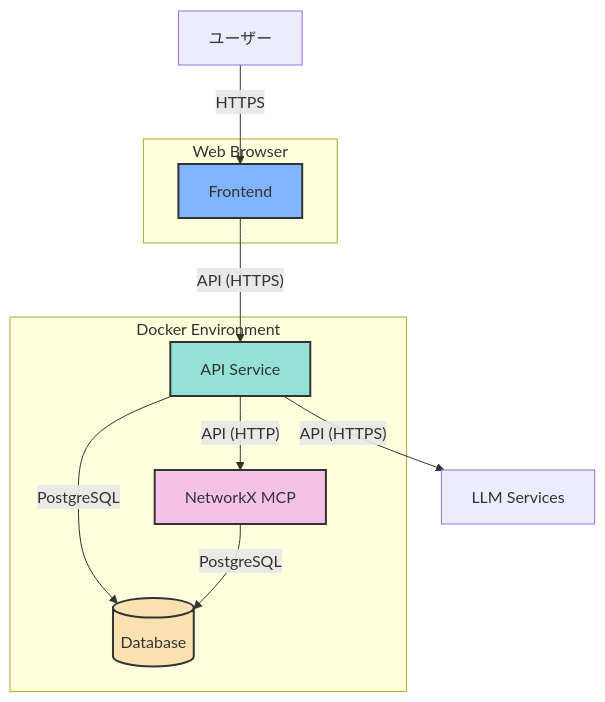
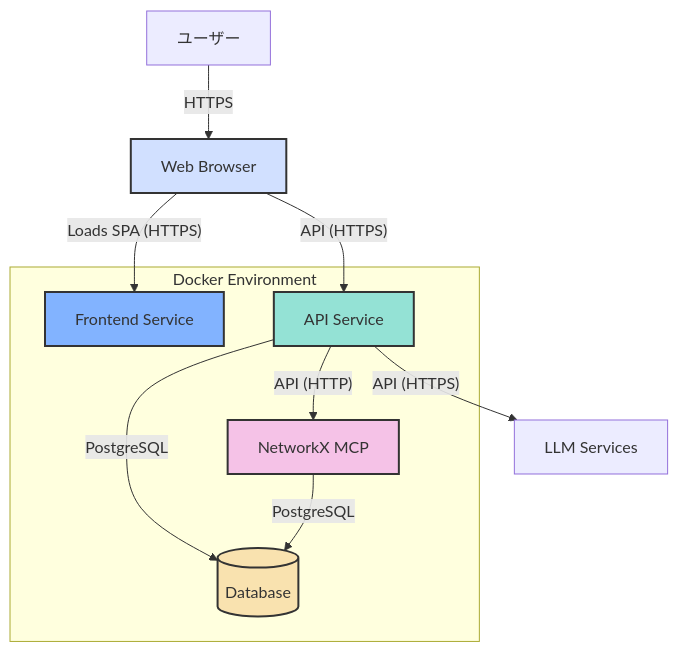
The second of 2 diagrams in specification/1_Architecture.md (vdslab/LLMGraphvis), drawn with Mermaid before and after one commit. The commit also changed other lines of this file, not shown here.

Commit message:
refactor: update container diagram to clarify frontend service and user interactions

````diff
--- a/specification/1_Architecture.md
+++ b/specification/1_Architecture.md
@@ -32,24 +32,25 @@
 ```mermaid
 graph TD
-    subgraph "Web Browser"
-        F[Frontend]
-    end
+    U[ユーザー] -- "HTTPS" --> WB[Web Browser]
 
     subgraph "Docker Environment"
+        FS[Frontend Service]
         B[API Service]
         N[NetworkX MCP]
         DB[(Database)]
     end
 
-    U[ユーザー] -- "HTTPS" --> F
-    F -- "API (HTTPS)" --> B
+    WB -- "Loads SPA (HTTPS)" --> FS
+    WB -- "API (HTTPS)" --> B
+
     B -- "API (HTTP)" --> N
     B -- "PostgreSQL" --> DB
     N -- "PostgreSQL" --> DB
     B -- "API (HTTPS)" --> LLM[LLM Services]
 
-    style F fill:#82b3ff,stroke:#333,stroke-width:2px
+    style WB fill:#d1e0ff,stroke:#333,stroke-width:2px
+    style FS fill:#82b3ff,stroke:#333,stroke-width:2px
     style B fill:#94e2d5,stroke:#333,stroke-width:2px
     style N fill:#f5c2e7,stroke:#333,stroke-width:2px
     style DB fill:#f9e2af,stroke:#333,stroke-width:2px
 ```
````
